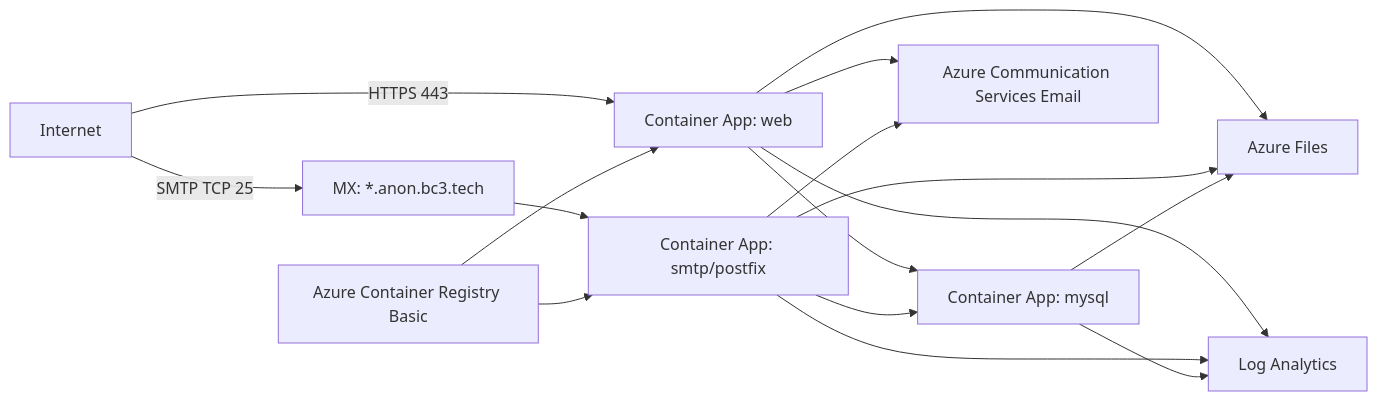
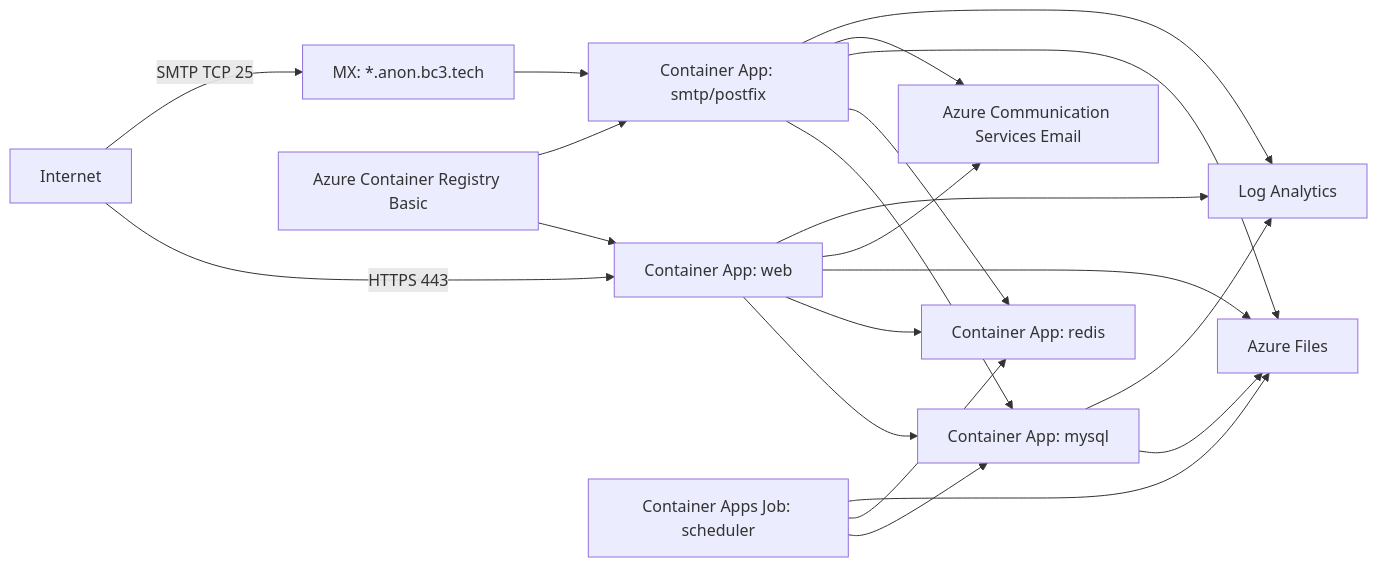
Before and after one commit to bc3tech/anonaddy: the diagram in infra/README.md, drawn with Mermaid. The commit also changed other lines of this file and 3 other files, not shown here.

First line of the commit message:
feat(azure): add Redis and scheduler job

````diff
--- a/infra/README.md
+++ b/infra/README.md
@@ -7,27 +7,34 @@
 ```mermaid
 flowchart LR
   Internet[Internet]
   MX[MX: *.anon.bc3.tech]
   App[Container App: web]
   Mail[Container App: smtp/postfix]
   MySQL[Container App: mysql]
+  Redis[Container App: redis]
+  Scheduler[Container Apps Job: scheduler]
   Files[Azure Files]
   ACR[Azure Container Registry Basic]
   Logs[Log Analytics]
   ACS[Azure Communication Services Email]
 
   Internet -->|HTTPS 443| App
   Internet -->|SMTP TCP 25| MX --> Mail
   App --> MySQL
   Mail --> MySQL
+  App --> Redis
+  Mail --> Redis
+  Scheduler --> MySQL
+  Scheduler --> Redis
   App --> Files
   Mail --> Files
+  Scheduler --> Files
   MySQL --> Files
   App --> ACS
   Mail --> ACS
   ACR --> App
   ACR --> Mail
   App --> Logs
   Mail --> Logs
   MySQL --> Logs
 ```
````
